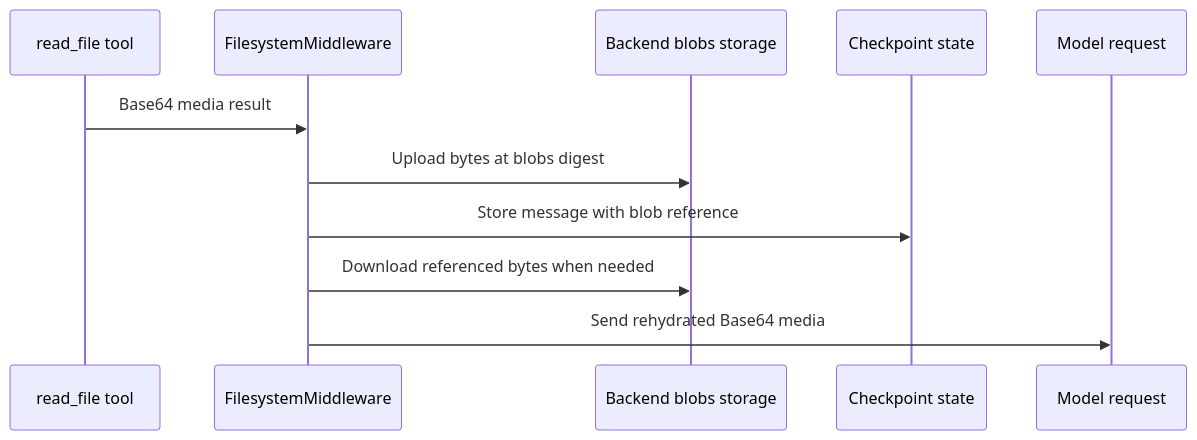
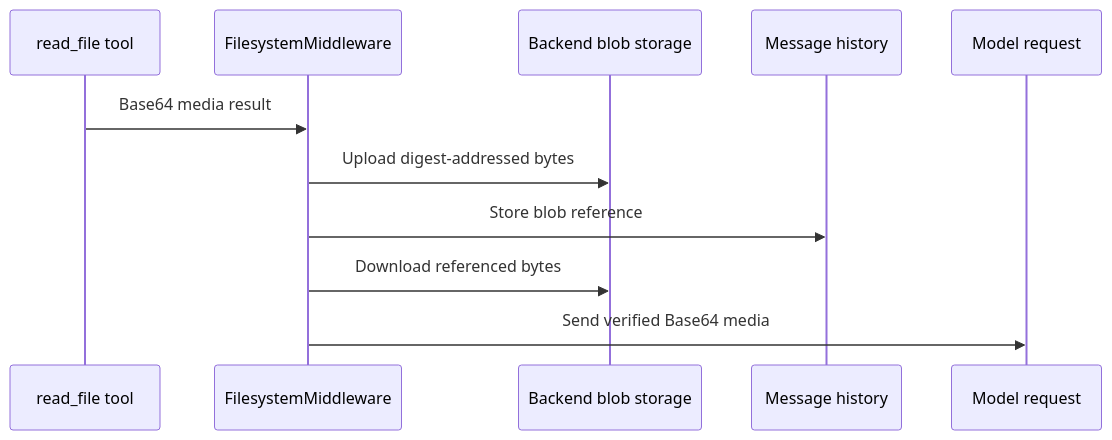
The third of 3 diagrams in openwiki/concepts/tools-filesystem.md (langchain-ai/deepagents), drawn with Mermaid before and after one commit. The commit also changed other lines of this file and 44 other files, not shown here.

````diff
--- a/openwiki/concepts/tools-filesystem.md
+++ b/openwiki/concepts/tools-filesystem.md
@@ -90,13 +114,13 @@
 ```mermaid
 sequenceDiagram
     participant Tool as read_file tool
     participant MW as FilesystemMiddleware
-    participant Store as Backend blobs storage
-    participant State as Checkpoint state
+    participant Store as Backend blob storage
+    participant History as Message history
     participant Model as Model request
     Tool->>MW: Base64 media result
-    MW->>Store: Upload bytes at blobs digest
-    MW->>State: Store message with blob reference
-    MW->>Store: Download referenced bytes when needed
-    MW->>Model: Send rehydrated Base64 media
+    MW->>Store: Upload digest-addressed bytes
+    MW->>History: Store blob reference
+    MW->>Store: Download referenced bytes
+    MW->>Model: Send verified Base64 media
 ```
````
